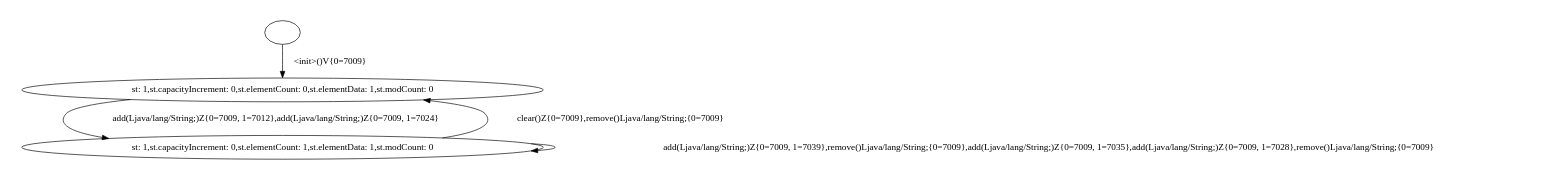
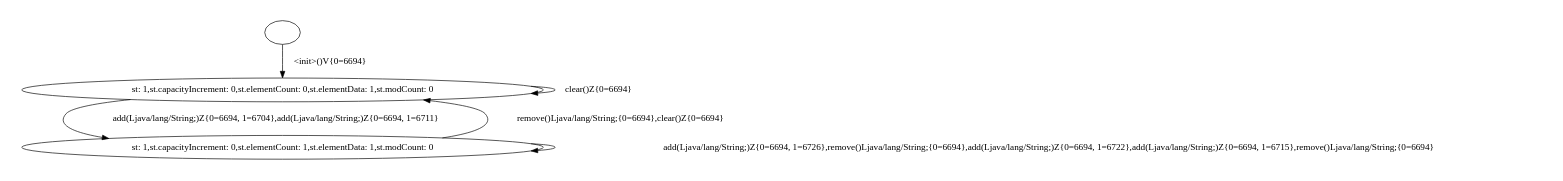
Before and after one commit to DavidLevayer/AdabuProject: the diagram in resource/test.Pile_0.dot, drawn with Graphviz. The commit also changed 2 other files, not shown here.

```diff
--- a/resource/test.Pile_0.dot
+++ b/resource/test.Pile_0.dot
@@ -1,11 +1,12 @@
 digraph automaton {
 	page="9,11";
 	size="9,11";
-	0 -> 1 [label="<init>()V{0=7009}"];
-	1 -> 2 [label="add(Ljava/lang/String;)Z{0=7009, 1=7012},add(Ljava/lang/String;)Z{0=7009, 1=7024}"];
-	2 -> 1 [label="clear()Z{0=7009},remove()Ljava/lang/String;{0=7009}"];
-	2 -> 2 [label="add(Ljava/lang/String;)Z{0=7009, 1=7039},remove()Ljava/lang/String;{0=7009},add(Ljava/lang/String;)Z{0=7009, 1=7035},add(Ljava/lang/String;)Z{0=7009, 1=7028},remove()Ljava/lang/String;{0=7009}"];
+	0 -> 1 [label="<init>()V{0=6694}"];
+	1 -> 1 [label="clear()Z{0=6694}"];
+	1 -> 2 [label="add(Ljava/lang/String;)Z{0=6694, 1=6704},add(Ljava/lang/String;)Z{0=6694, 1=6711}"];
+	2 -> 1 [label="remove()Ljava/lang/String;{0=6694},clear()Z{0=6694}"];
+	2 -> 2 [label="add(Ljava/lang/String;)Z{0=6694, 1=6726},remove()Ljava/lang/String;{0=6694},add(Ljava/lang/String;)Z{0=6694, 1=6722},add(Ljava/lang/String;)Z{0=6694, 1=6715},remove()Ljava/lang/String;{0=6694}"];
 	0 [label=""];
 	1 [label="st: 1,st.capacityIncrement: 0,st.elementCount: 0,st.elementData: 1,st.modCount: 0"];
 	2 [label="st: 1,st.capacityIncrement: 0,st.elementCount: 1,st.elementData: 1,st.modCount: 0"];
 }
```
